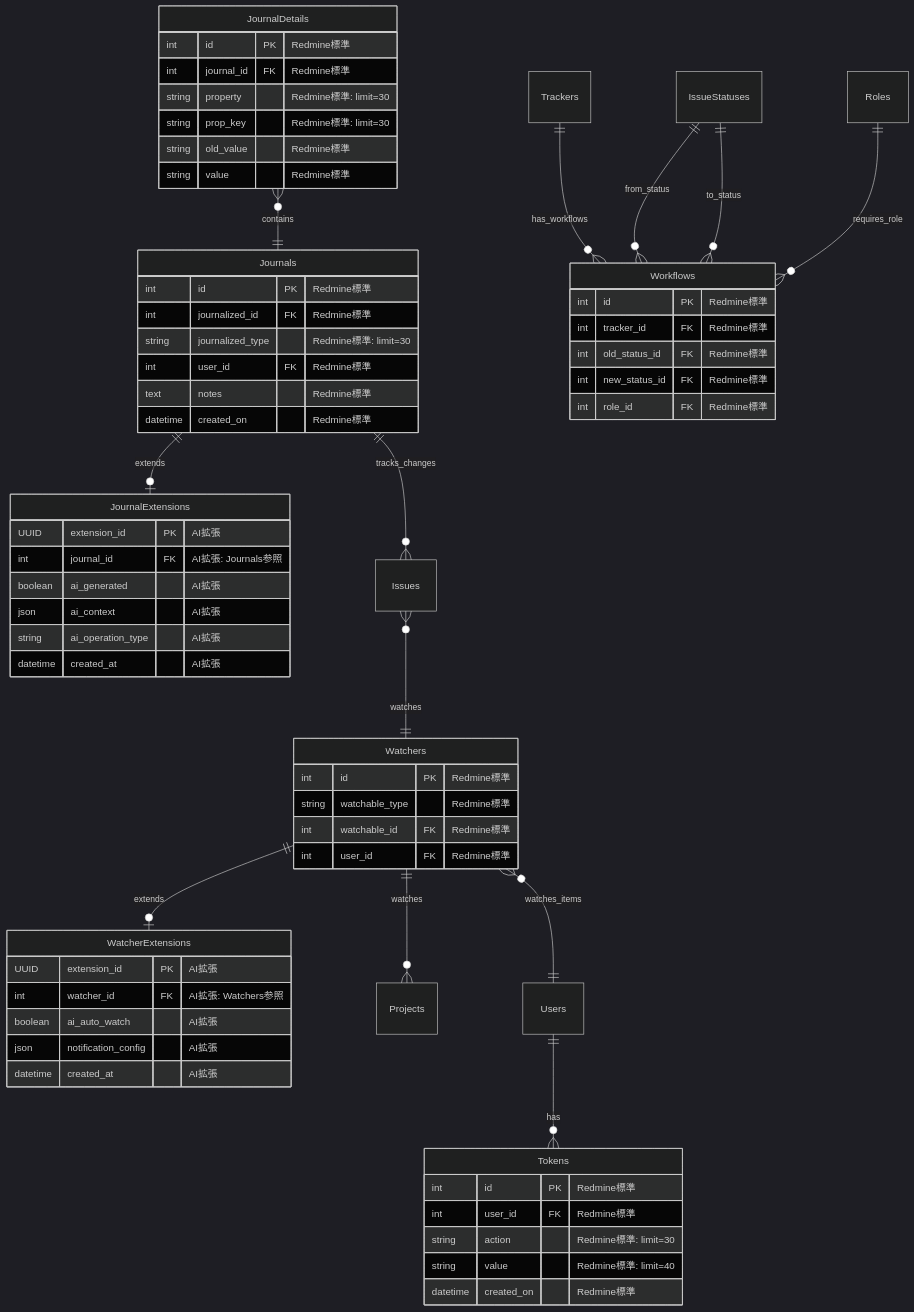
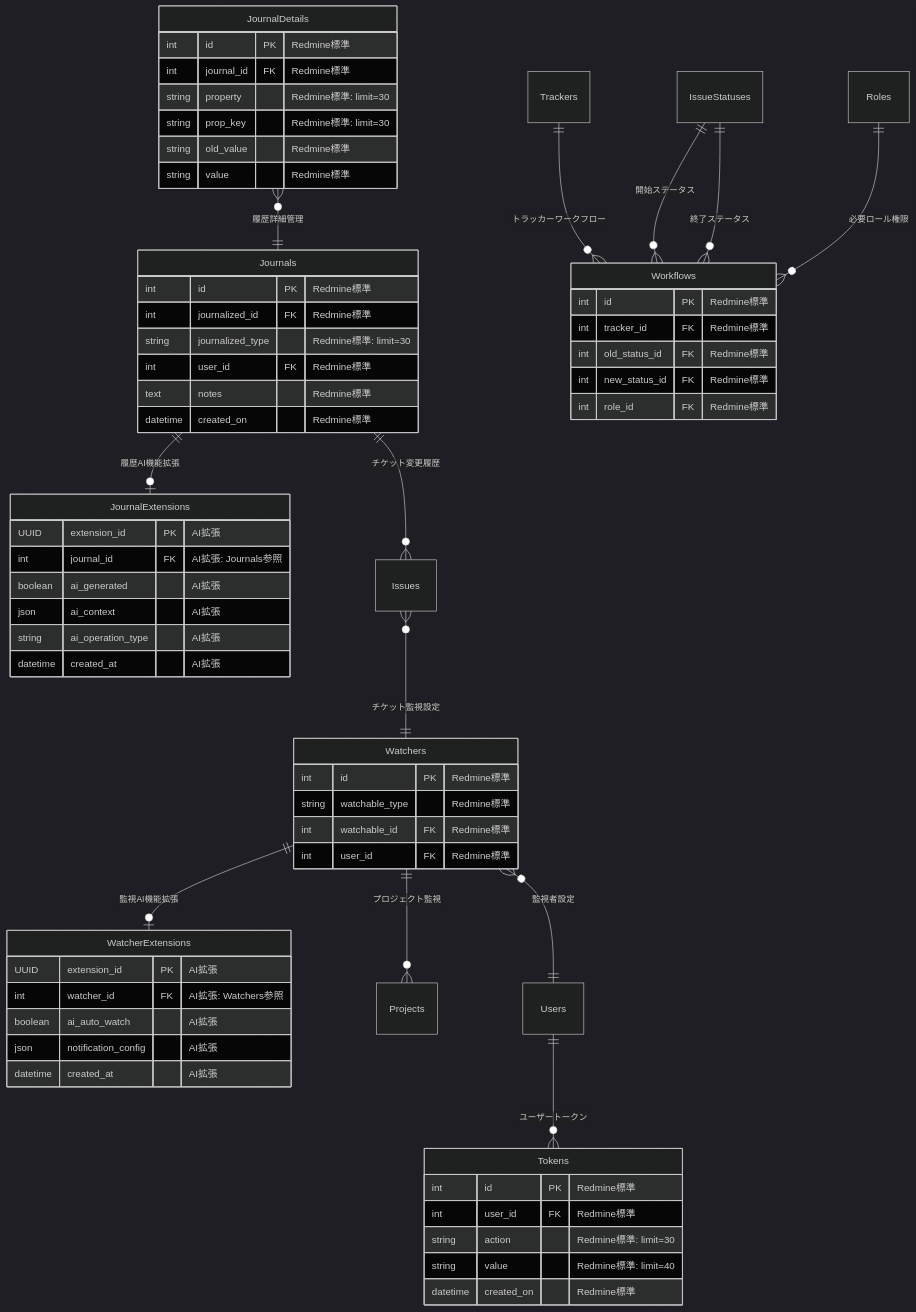
Before and after one commit to daichiTAAA/AgentOpsPlatform: diagram 16 of 29 in docs/030000_設計/035000_データ設計/035010_ER図.md, drawn with Mermaid (dark theme). The commit also changed other lines of this file, not shown here.

````diff
--- a/docs/030000_設計/035000_データ設計/035010_ER図.md
+++ b/docs/030000_設計/035000_データ設計/035010_ER図.md
@@ -631,76 +856,76 @@
 ```mermaid
 erDiagram
     %% Redmine標準テーブル（変更なし）
     Journals {
         int id PK "Redmine標準"
         int journalized_id FK "Redmine標準"
         string journalized_type "Redmine標準: limit=30"
         int user_id FK "Redmine標準"
         text notes "Redmine標準"
         datetime created_on "Redmine標準"
     }
     
     JournalDetails {
         int id PK "Redmine標準"
         int journal_id FK "Redmine標準"
         string property "Redmine標準: limit=30"
         string prop_key "Redmine標準: limit=30"
         string old_value "Redmine標準"
         string value "Redmine標準"
     }
     
     Watchers {
         int id PK "Redmine標準"
         string watchable_type "Redmine標準"
         int watchable_id FK "Redmine標準"
         int user_id FK "Redmine標準"
     }
     
     Tokens {
         int id PK "Redmine標準"
         int user_id FK "Redmine標準"
         string action "Redmine標準: limit=30"
         string value "Redmine標準: limit=40"
         datetime created_on "Redmine標準"
     }
     
     Workflows {
         int id PK "Redmine標準"
         int tracker_id FK "Redmine標準"
         int old_status_id FK "Redmine標準"
         int new_status_id FK "Redmine標準"
         int role_id FK "Redmine標準"
     }
     
     %% AI拡張テーブル（新規追加）
     JournalExtensions {
         UUID extension_id PK "AI拡張"
         int journal_id FK "AI拡張: Journals参照"
         boolean ai_generated "AI拡張"
         json ai_context "AI拡張"
         string ai_operation_type "AI拡張"
         datetime created_at "AI拡張"
     }
     
     WatcherExtensions {
         UUID extension_id PK "AI拡張"
         int watcher_id FK "AI拡張: Watchers参照"
         boolean ai_auto_watch "AI拡張"
         json notification_config "AI拡張"
         datetime created_at "AI拡張"
     }
     
     %% 関係性
-    Journals ||--o| JournalExtensions : extends
-    Watchers ||--o| WatcherExtensions : extends
-    JournalDetails }o--|| Journals : contains
-    Journals ||--o{ Issues : tracks_changes
-    Issues }o--|| Watchers : watches
-    Watchers ||--o{ Projects : watches
-    Users ||--o{ Tokens : has
-    Watchers }o--|| Users : watches_items
-    Trackers ||--o{ Workflows : has_workflows
-    IssueStatuses ||--o{ Workflows : from_status
-    IssueStatuses ||--o{ Workflows : to_status
-    Roles ||--o{ Workflows : requires_role
+    Journals ||--o| JournalExtensions : "履歴AI機能拡張"
+    Watchers ||--o| WatcherExtensions : "監視AI機能拡張"
+    JournalDetails }o--|| Journals : "履歴詳細管理"
+    Journals ||--o{ Issues : "チケット変更履歴"
+    Issues }o--|| Watchers : "チケット監視設定"
+    Watchers ||--o{ Projects : "プロジェクト監視"
+    Users ||--o{ Tokens : "ユーザートークン"
+    Watchers }o--|| Users : "監視者設定"
+    Trackers ||--o{ Workflows : "トラッカーワークフロー"
+    IssueStatuses ||--o{ Workflows : "開始ステータス"
+    IssueStatuses ||--o{ Workflows : "終了ステータス"
+    Roles ||--o{ Workflows : "必要ロール権限"
 ```
````
